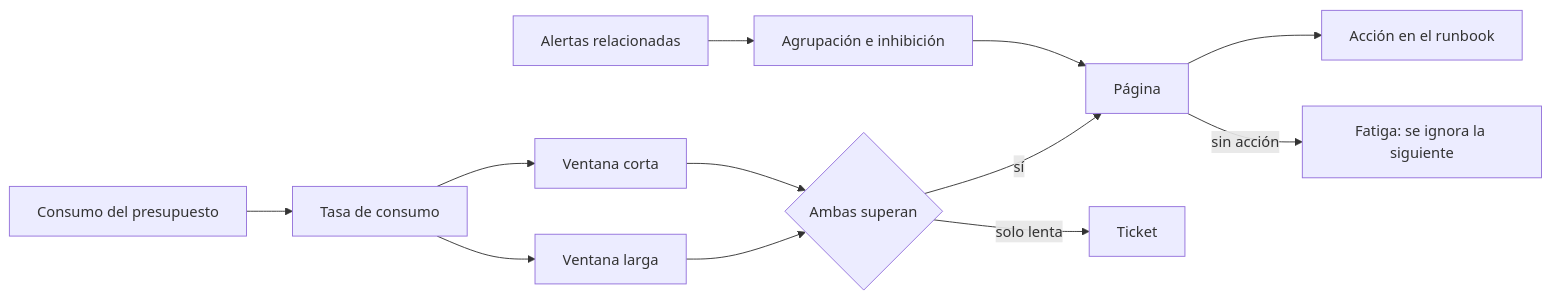
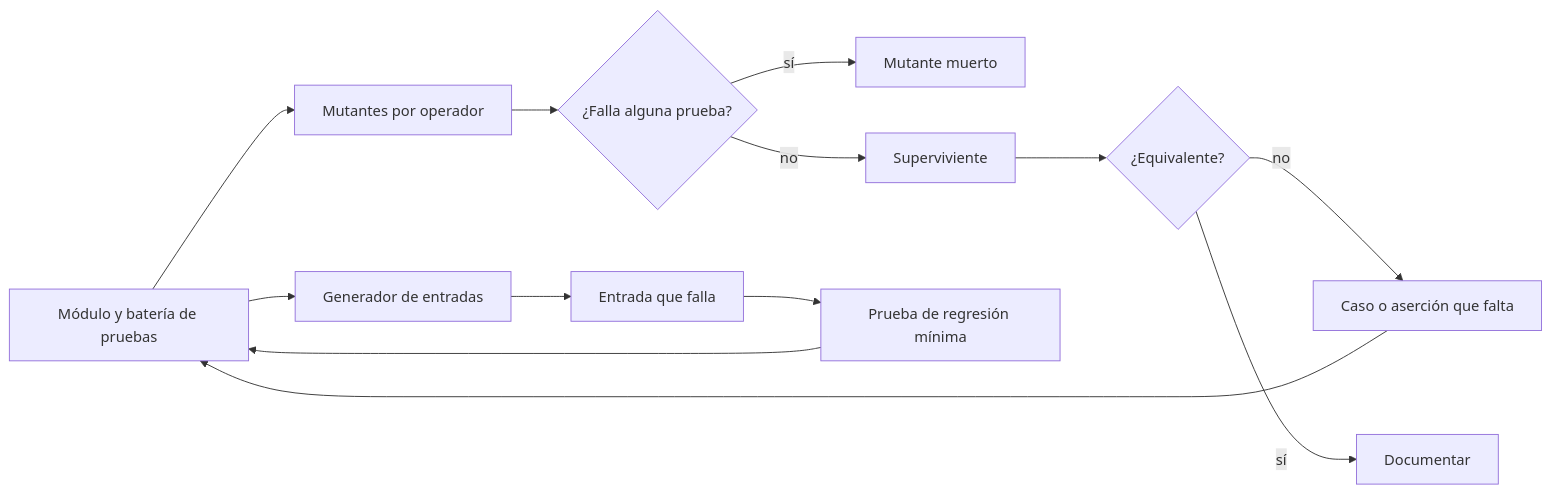
The diagram in content/part-35/SE-426.md (vladimiracunadev-create/modern-software-engineering-program), drawn with Mermaid before and after one commit. The commit also changed other lines of this file and 5193 other files, not shown here.

````diff
--- a/content/part-35/SE-426.md
+++ b/content/part-35/SE-426.md
@@ -54,14 +57,15 @@
 ```mermaid
 flowchart LR
-    A[Consumo del presupuesto] --> B[Tasa de consumo]
-    B --> C[Ventana larga]
-    B --> D[Ventana corta]
-    C --> E{Ambas superan}
-    D --> E
-    E -->|sí| F[Página]
-    E -->|solo lenta| G[Ticket]
-    H[Alertas relacionadas] --> I[Agrupación e inhibición]
-    I --> F
-    F --> J[Acción en el runbook]
-    F -->|sin acción| K[Fatiga: se ignora la siguiente]
+    A[Módulo y batería de pruebas] --> B[Mutantes por operador]
+    B --> C{¿Falla alguna prueba?}
+    C -->|sí| D[Mutante muerto]
+    C -->|no| E[Superviviente]
+    E --> F{¿Equivalente?}
+    F -->|no| G[Caso o aserción que falta]
+    F -->|sí| H[Documentar]
+    A --> I[Generador de entradas]
+    I --> J[Entrada que falla]
+    J --> K[Prueba de regresión mínima]
+    G --> A
+    K --> A
 ```
````
